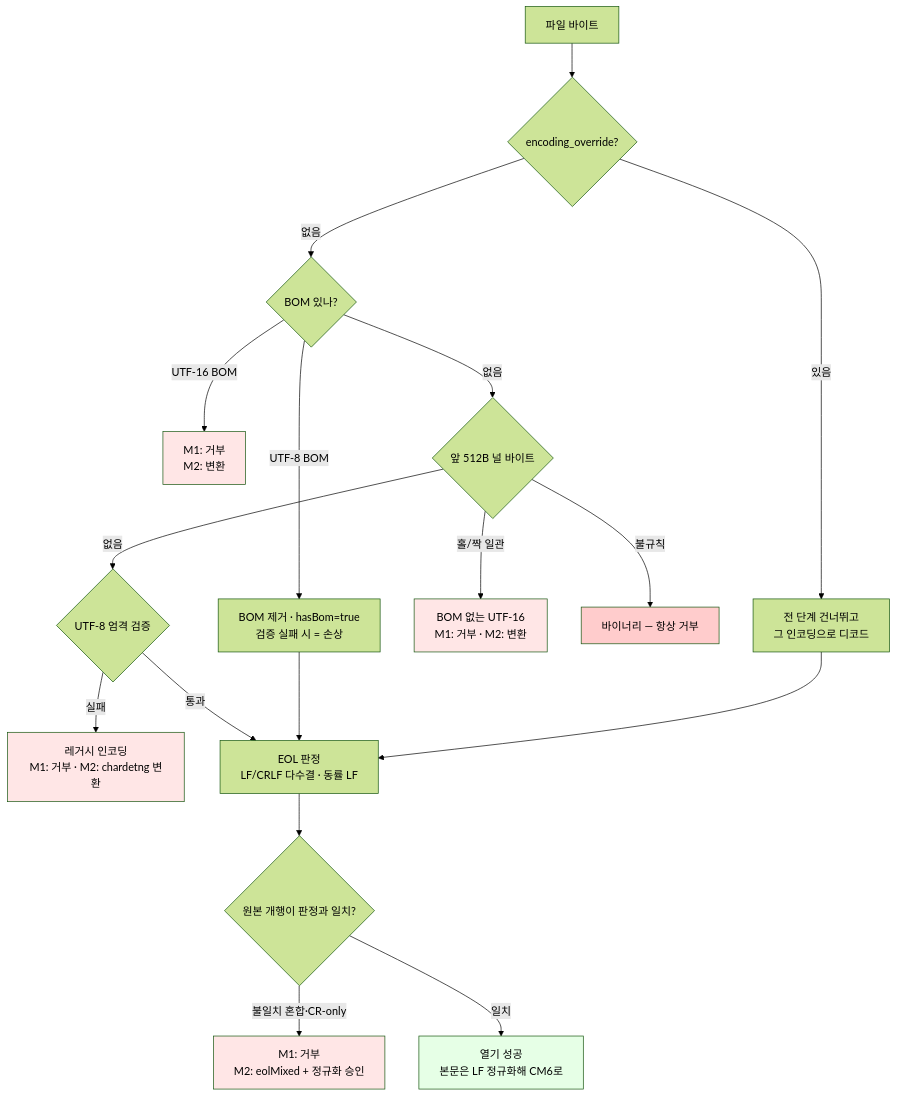
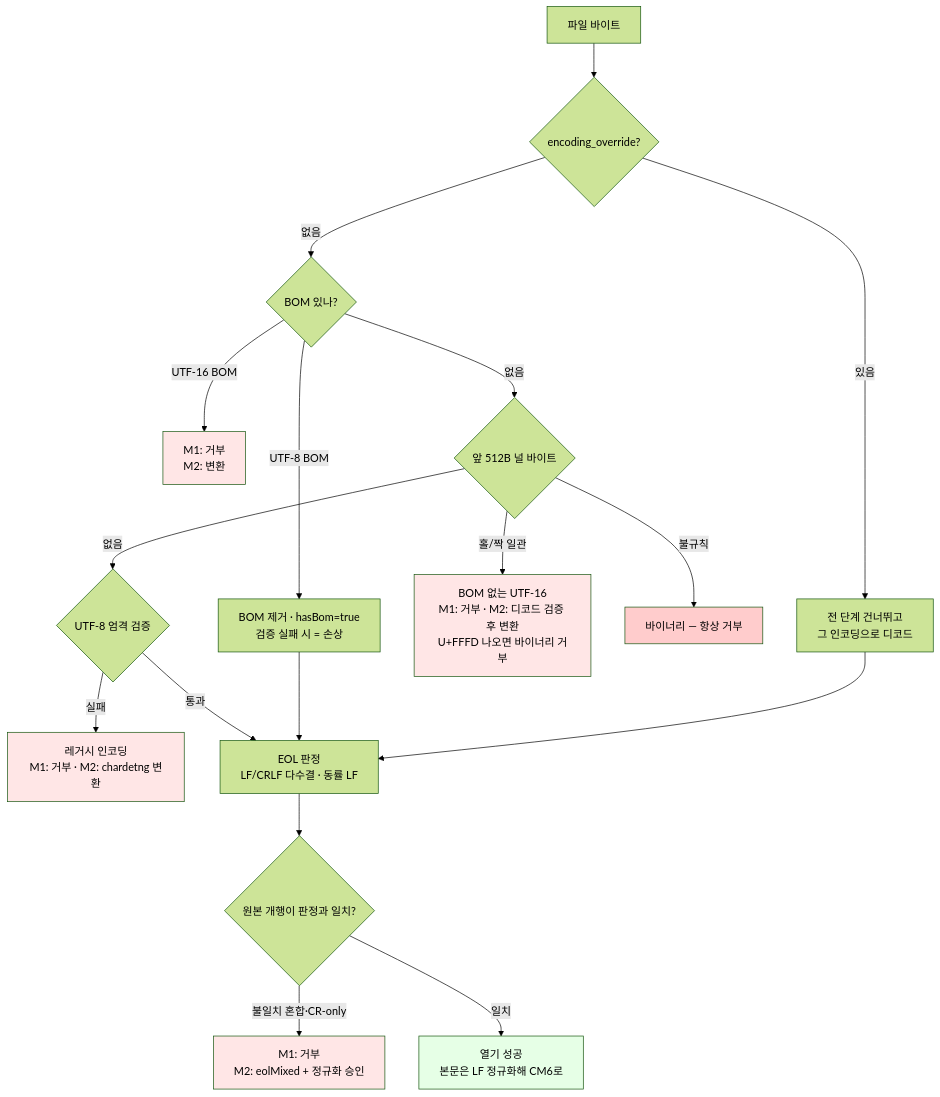
Before and after one commit to Bori-github/norii: the third of 3 diagrams in .claude/docs/file-lifecycle.md, drawn with Mermaid (forest theme). The commit also changed other lines of this file and 2 other files, not shown here.

First line of the commit message:
docs: 열린 결정 4건 확정 — 널 바이트 디코드 검증·읽기 전용 거부·탭 충돌 배지·재해석 UI

````diff
--- a/.claude/docs/file-lifecycle.md
+++ b/.claude/docs/file-lifecycle.md
@@ -127,26 +130,26 @@
 ```mermaid
 flowchart TD
     A[파일 바이트] --> B{encoding_override?}
     B -->|있음| B1[전 단계 건너뛰고<br/>그 인코딩으로 디코드]
     B -->|없음| C{BOM 있나?}
     C -->|UTF-8 BOM| C1[BOM 제거 · hasBom=true<br/>검증 실패 시 = 손상]
     C -->|UTF-16 BOM| X1[M1: 거부<br/>M2: 변환]
     C -->|없음| D{앞 512B 널 바이트}
-    D -->|홀/짝 일관| X2[BOM 없는 UTF-16<br/>M1: 거부 · M2: 변환]
+    D -->|홀/짝 일관| X2[BOM 없는 UTF-16<br/>M1: 거부 · M2: 디코드 검증 후 변환<br/>U+FFFD 나오면 바이너리 거부]
     D -->|불규칙| X3[바이너리 — 항상 거부]
     D -->|없음| E{UTF-8 엄격 검증}
     E -->|실패| X4[레거시 인코딩<br/>M1: 거부 · M2: chardetng 변환]
     E -->|통과| F[EOL 판정<br/>LF/CRLF 다수결 · 동률 LF]
     C1 --> F
     B1 --> F
     F --> G{원본 개행이 판정과 일치?}
     G -->|불일치 혼합·CR-only| X5[M1: 거부<br/>M2: eolMixed + 정규화 승인]
     G -->|일치| H[열기 성공<br/>본문은 LF 정규화해 CM6로]
 
     style X1 fill:#ffe6e6
     style X2 fill:#ffe6e6
     style X3 fill:#ffcccc
     style X4 fill:#ffe6e6
     style X5 fill:#ffe6e6
     style H fill:#e6ffe6
 ```
````
